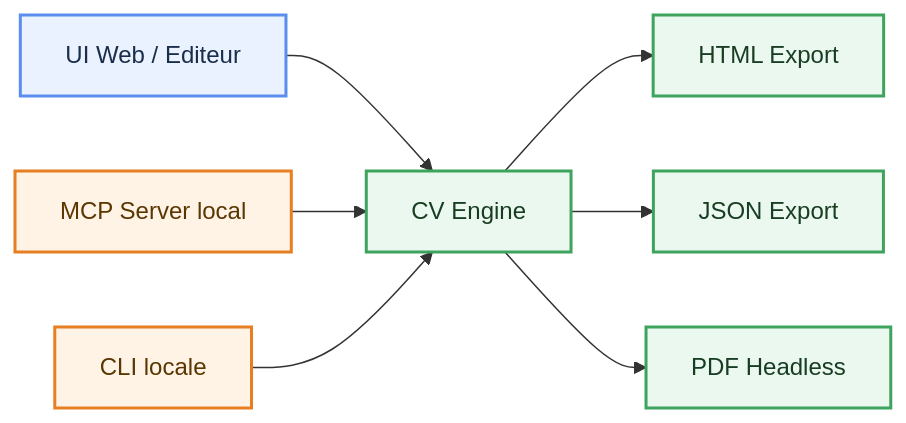
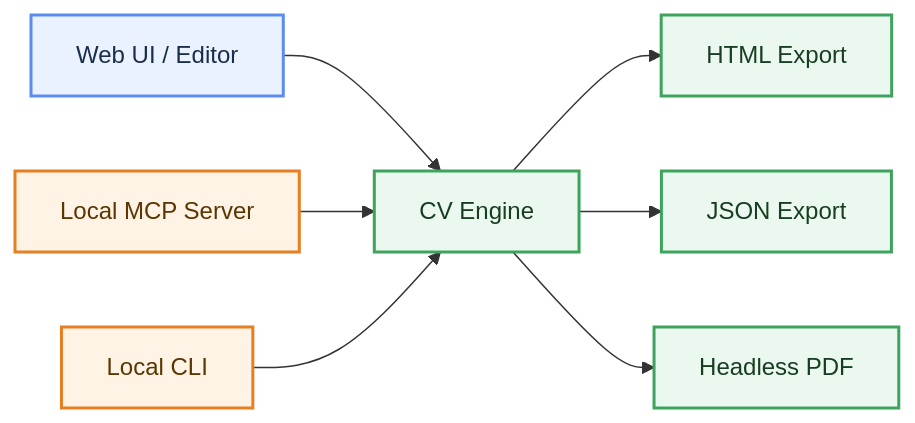
Before and after one commit to ClementV78/cv-generator-mcp: the first of 8 diagrams in APPLICATION_ARCHITECTURE_CV_GENERATOR.md, drawn with Mermaid. The commit also changed other lines of this file and 13 other files, not shown here.

Commit message:
feat(distribution): package MCP server and ship skill bundle

````diff
--- a/APPLICATION_ARCHITECTURE_CV_GENERATOR.md
+++ b/APPLICATION_ARCHITECTURE_CV_GENERATOR.md
@@ -35,25 +35,25 @@
 ```mermaid
 flowchart LR
-    UI[UI Web / Editeur]
+    UI[Web UI / Editor]
     ENGINE[CV Engine]
-    MCP[MCP Server local]
-    CLI[CLI locale]
-    PDF[PDF Headless]
+    MCP[Local MCP Server]
+    CLI[Local CLI]
+    PDF[Headless PDF]
     HTML[HTML Export]
     JSON[JSON Export]
 
     UI --> ENGINE
     MCP --> ENGINE
     CLI --> ENGINE
     ENGINE --> HTML
     ENGINE --> JSON
     ENGINE --> PDF
 
     classDef ui fill:#EAF2FF,stroke:#5B8DEF,color:#1A2D4A,stroke-width:2px;
     classDef engine fill:#EBF8EF,stroke:#3DA35D,color:#183D22,stroke-width:2px;
     classDef infra fill:#FFF3E6,stroke:#E67E22,color:#5A3600,stroke-width:2px;
 
     class UI ui;
     class ENGINE,HTML,JSON,PDF engine;
     class MCP,CLI infra;
 ```
````
